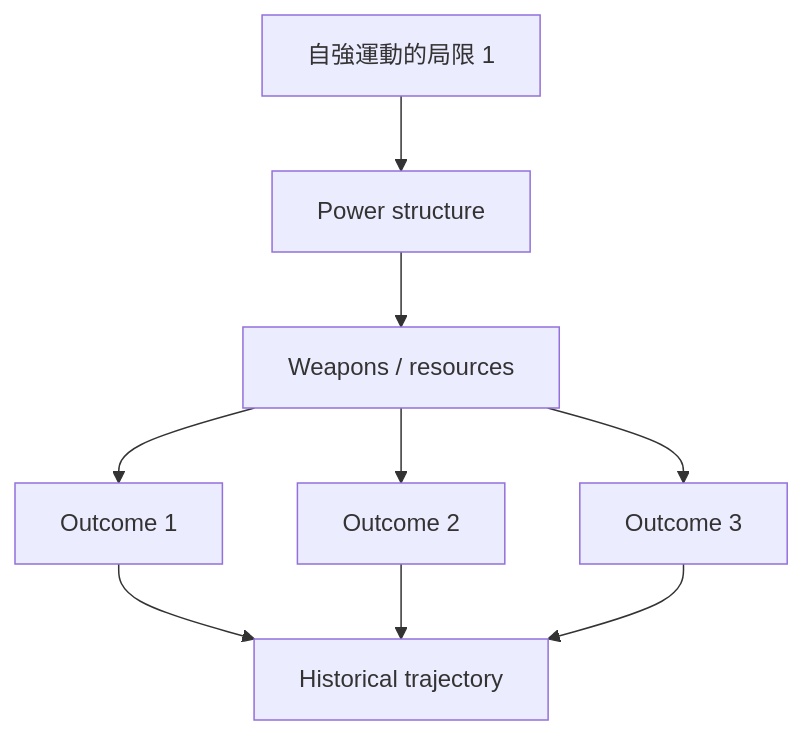
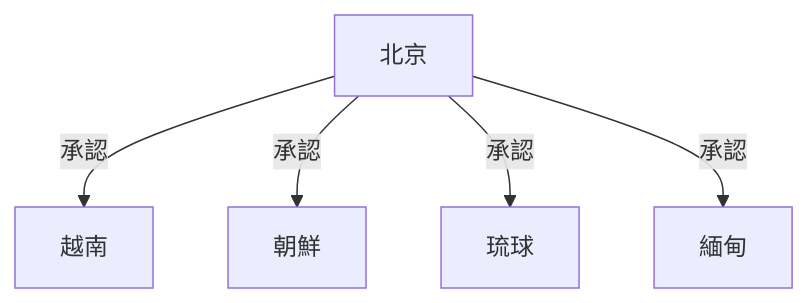
One commit to yip-lgtm/HKU-Harvard-History-Self-Study changed the fifth of 7 diagrams in 01_HKU_Courses/HIST2127_Qing_China_in_the_World.md. Above: the diagram before and after it, drawn with Mermaid. The commit also changed other lines of this file and 48 other files, not shown here.

````diff
--- a/01_HKU_Courses/HIST2127_Qing_China_in_the_World.md
+++ b/01_HKU_Courses/HIST2127_Qing_China_in_the_World.md
@@ -228,11 +142,7 @@
 ```mermaid
-graph TD
-    A[自強運動的局限 1] --> B[Power structure]
-    B --> C[Weapons / resources]
-    C --> D[Outcome 1]
-    C --> E[Outcome 2]
-    C --> F[Outcome 3]
-    D --> G[Historical trajectory]
-    E --> G
-    F --> G
+flowchart TD
+    A[北京] -->|承認| B[越南]
+    A -->|承認| C[朝鮮]
+    A -->|承認| D[琉球]
+    A -->|承認| E[緬甸]
 ```
````
